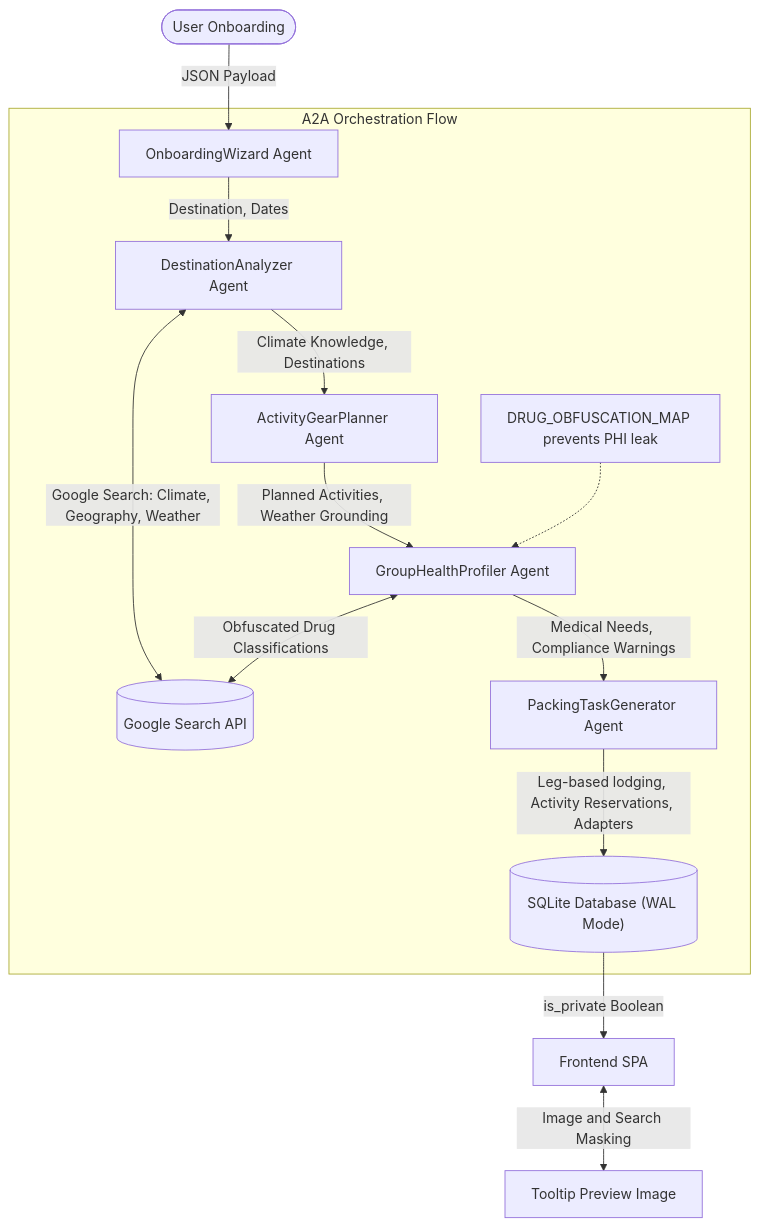
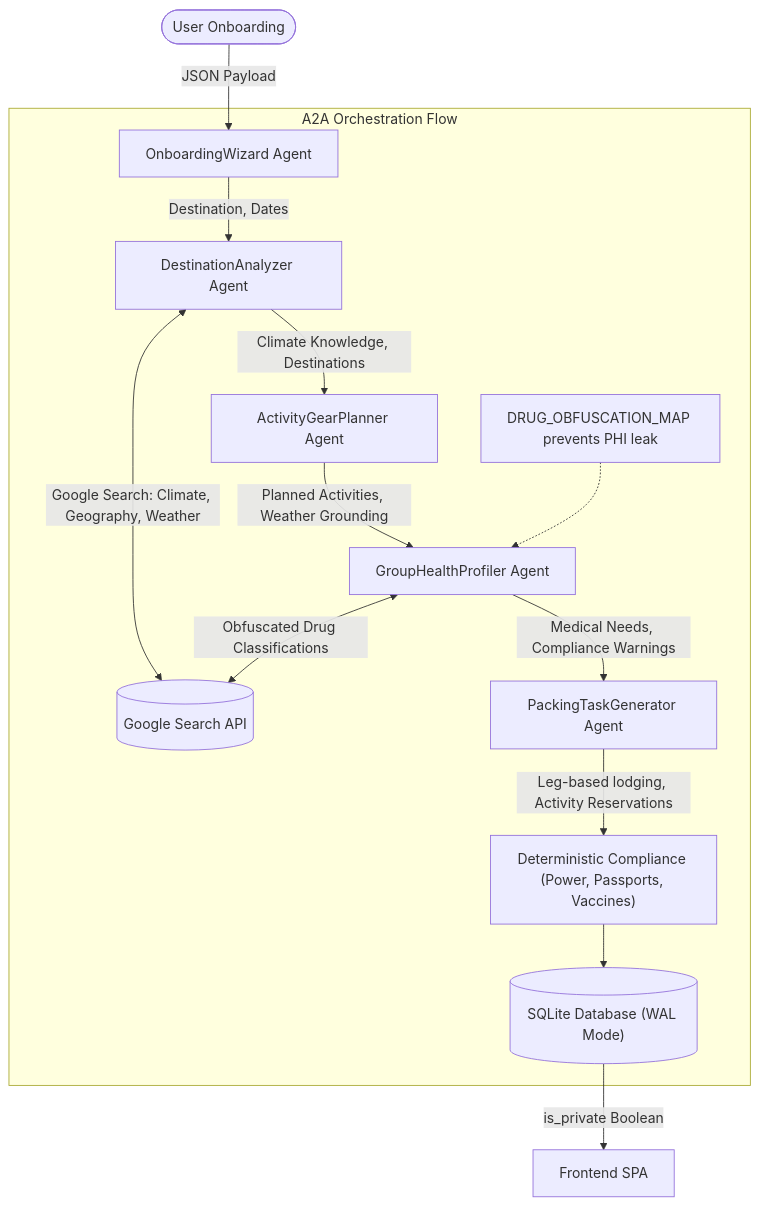
The second of 4 diagrams in README.md (jskesner/tola-app), drawn with Mermaid before and after one commit. The commit also changed other lines of this file and 9 other files, not shown here.

````diff
--- a/README.md
+++ b/README.md
@@ -59,21 +59,21 @@
 ```mermaid
 flowchart TD
     User(["User Onboarding"]) -->|"JSON Payload"| OnboardingWizard["OnboardingWizard Agent"]
     
     subgraph A2A_Orchestration ["A2A Orchestration Flow"]
         OnboardingWizard -->|"Destination, Dates"| DestinationAnalyzer["DestinationAnalyzer Agent"]
         DestinationAnalyzer <-->|"Google Search: Climate, Geography, Weather"| GoogleSearch[("Google Search API")]
         
         DestinationAnalyzer -->|"Climate Knowledge, Destinations"| ActivityGearPlanner["ActivityGearPlanner Agent"]
         ActivityGearPlanner -->|"Planned Activities, Weather Grounding"| GroupHealthProfiler["GroupHealthProfiler Agent"]
         
         GroupHealthProfiler <-->|"Obfuscated Drug Classifications"| GoogleSearch
         ObfuscationNote["DRUG_OBFUSCATION_MAP prevents PHI leak"] -.-> GroupHealthProfiler
         
         GroupHealthProfiler -->|"Medical Needs, Compliance Warnings"| PackingTaskGenerator["PackingTaskGenerator Agent"]
-        PackingTaskGenerator -->|"Leg-based lodging, Activity Reservations, Adapters"| Database[("SQLite Database (WAL Mode)")]
+        PackingTaskGenerator -->|"Leg-based lodging, Activity Reservations"| ComplianceEngine["Deterministic Compliance (Power, Passports, Vaccines)"]
+        ComplianceEngine --> Database[("SQLite Database (WAL Mode)")]
     end
 
     Database -->|"is_private Boolean"| Frontend["Frontend SPA"]
-    Frontend <-->|"Image and Search Masking"| Tooltip["Tooltip Preview Image"]
 ```
````
